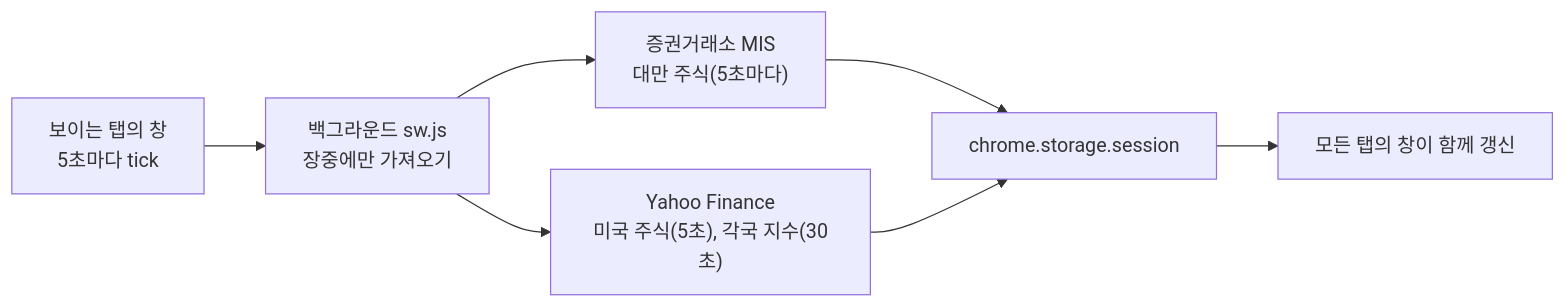
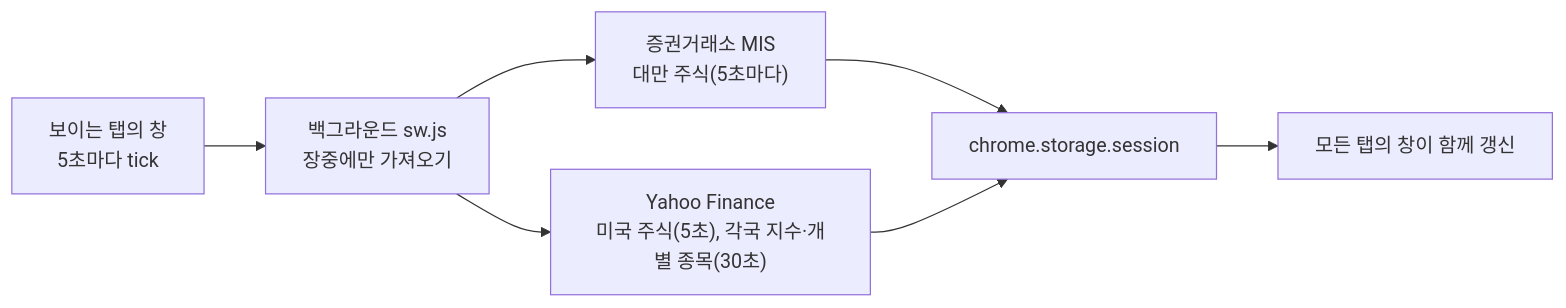
One commit to Ashur5457/PeekaStock changed the diagram in README.ko.md. Above: the diagram before and after it, drawn with Mermaid. The commit also changed other lines of this file and 18 other files, not shown here.

````diff
--- a/README.ko.md
+++ b/README.ko.md
@@ -62,9 +65,9 @@
 ```mermaid
 flowchart LR
   BOX["보이는 탭의 창<br/>5초마다 tick"] --> SW["백그라운드 sw.js<br/>장중에만 가져오기"]
   SW --> MIS["증권거래소 MIS<br/>대만 주식(5초마다)"]
-  SW --> YF["Yahoo Finance<br/>미국 주식(5초), 각국 지수(30초)"]
+  SW --> YF["Yahoo Finance<br/>미국 주식(5초), 각국 지수·개별 종목(30초)"]
   MIS --> ST["chrome.storage.session"]
   YF --> ST
   ST --> ALL["모든 탭의 창이 함께 갱신"]
 ```
````
